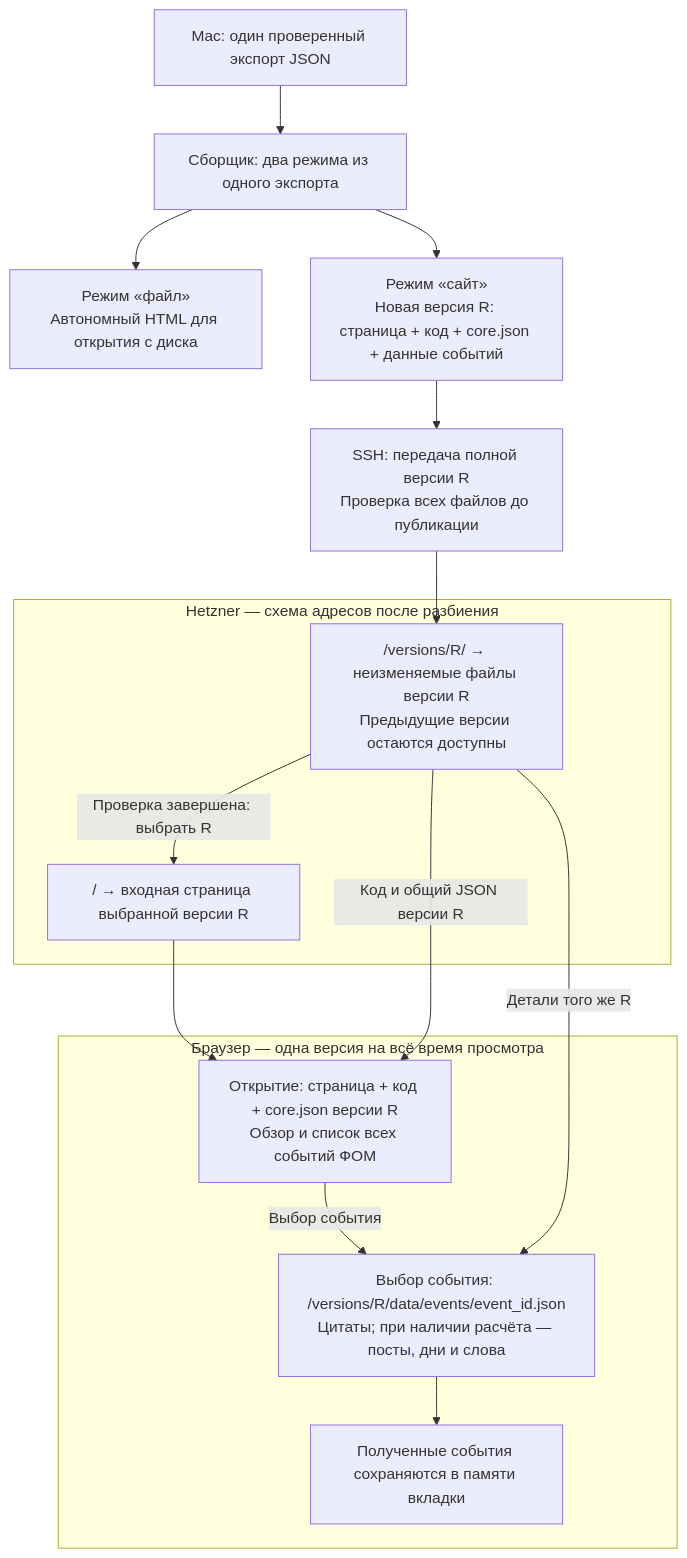
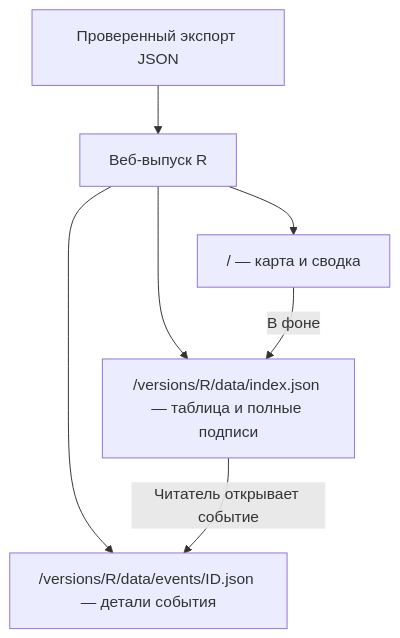
The second of 2 diagrams in docs/hetzner_deploy_plan.md (alex-badin/events_coverage), drawn with Mermaid before and after one commit. The commit also changed other lines of this file and 5 other files, not shown here.

````diff
--- a/docs/hetzner_deploy_plan.md
+++ b/docs/hetzner_deploy_plan.md
@@ -375,29 +343,9 @@
 ```mermaid
-flowchart TB
-    EXPORT["Mac: один проверенный экспорт JSON"]
-    BUILD["Сборщик: два режима из одного экспорта"]
-    FILE["Режим «файл»<br/>Автономный HTML для открытия с диска"]
-    SITE["Режим «сайт»<br/>Новая версия R: страница + код + core.json + данные событий"]
-    UPLOAD["SSH: передача полной версии R<br/>Проверка всех файлов до публикации"]
-
-    subgraph SERVER_LATER["Hetzner — схема адресов после разбиения"]
-        ENTRY["/ → входная страница выбранной версии R"]
-        ASSETS["/versions/R/ → неизменяемые файлы версии R<br/>Предыдущие версии остаются доступны"]
-    end
-
-    subgraph BROWSER_LATER["Браузер — одна версия на всё время просмотра"]
-        FIRST["Открытие: страница + код + core.json версии R<br/>Обзор и список всех событий ФОМ"]
-        EVENT["Выбор события: /versions/R/data/events/event_id.json<br/>Цитаты; при наличии расчёта — посты, дни и слова"]
-        CACHE["Полученные события сохраняются в памяти вкладки"]
-    end
-
-    EXPORT --> BUILD
-    BUILD --> FILE
-    BUILD --> SITE --> UPLOAD
-    UPLOAD --> ASSETS
-    ASSETS -->|"Проверка завершена: выбрать R"| ENTRY
-    ENTRY --> FIRST
-    ASSETS -->|"Код и общий JSON версии R"| FIRST
-    FIRST -->|"Выбор события"| EVENT --> CACHE
-    ASSETS -->|"Детали того же R"| EVENT
+flowchart TD
+    JSON["Проверенный экспорт JSON"] --> BUILD["Веб-выпуск R"]
+    BUILD --> ENTRY["/ — карта и сводка"]
+    BUILD --> INDEX["/versions/R/data/index.json — таблица и полные подписи"]
+    BUILD --> EVENT["/versions/R/data/events/ID.json — детали события"]
+    ENTRY -->|"В фоне"| INDEX
+    INDEX -->|"Читатель открывает событие"| EVENT
 ```
````
